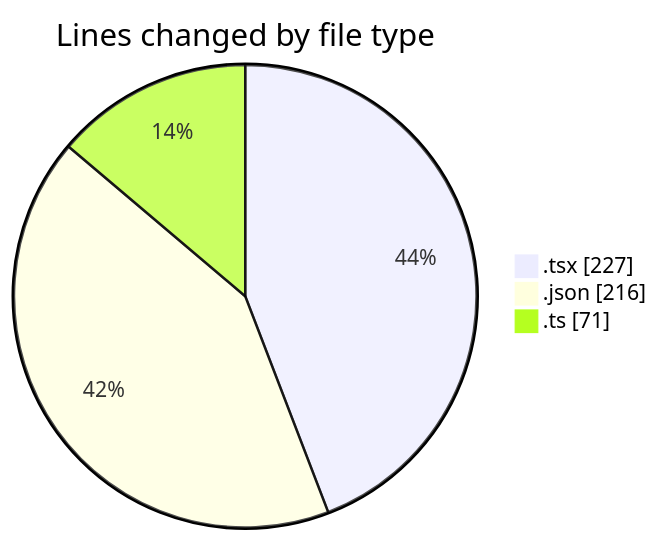
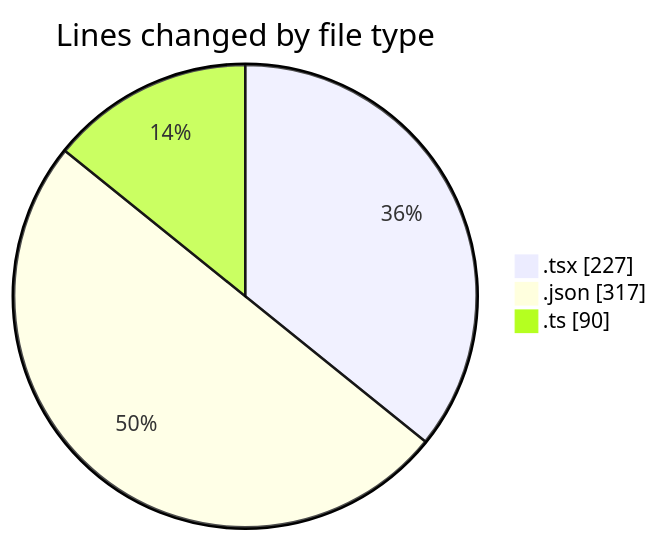
Before and after one commit to Elitesun/code-tracking: the first of 2 diagrams in 2025-04-08/sungpt/README.md, drawn with Mermaid. The commit also changed other lines of this file and 1 other file, not shown here.

````diff
--- a/2025-04-08/sungpt/README.md
+++ b/2025-04-08/sungpt/README.md
@@ -26,7 +26,7 @@
 ```mermaid
 pie showData
 title Lines changed by file type
 ".tsx" : 227
-".json" : 216
-".ts" : 71
+".json" : 317
+".ts" : 90
 ```
````
